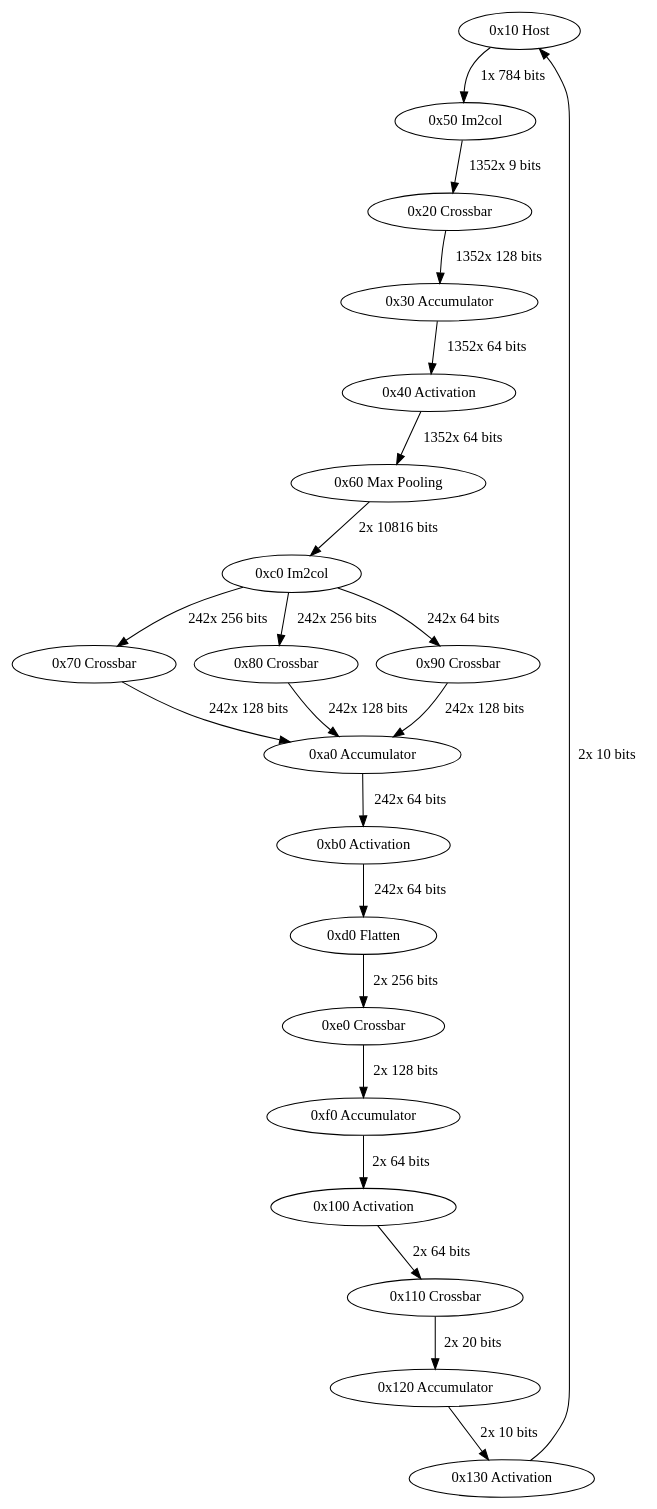
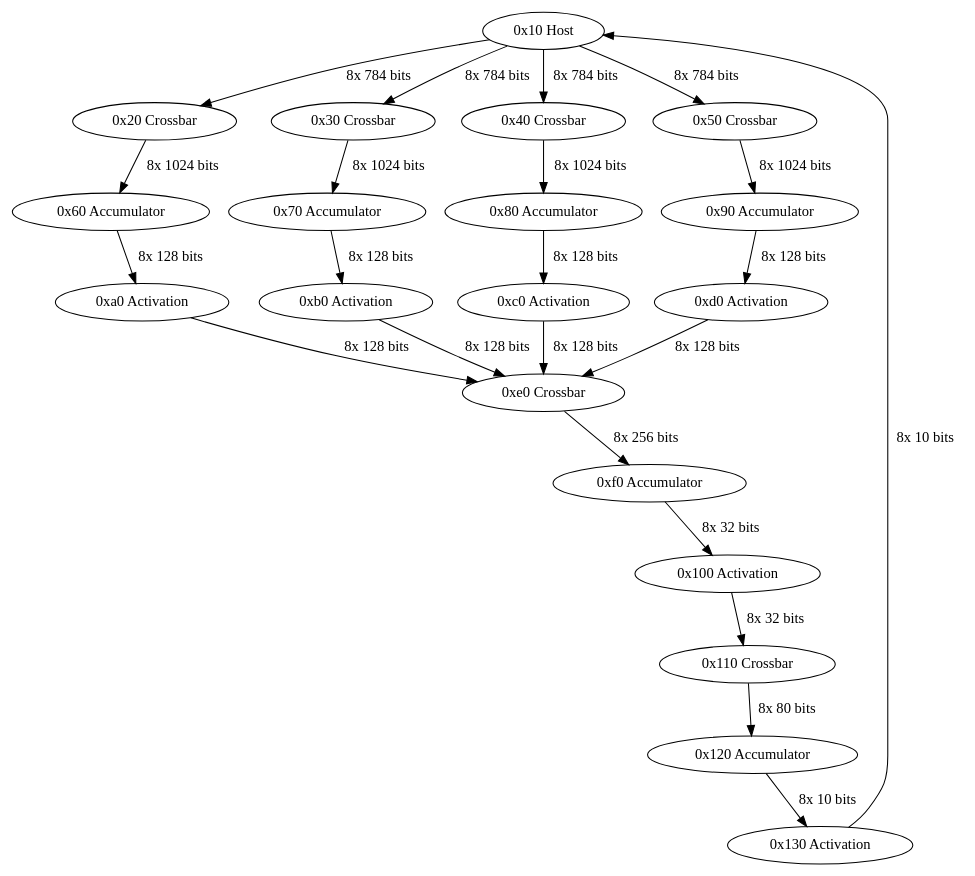
One commit to Zz-sev-point/IC_SIM changed the diagram in network.dot. Above: the diagram before and after it, drawn with Graphviz. The commit also changed 821 other files, not shown here.

Commit message:
add delay analysis python program and output graphs

```diff
--- a/network.dot
+++ b/network.dot
@@ -1,23 +1,24 @@
 digraph InterconnectGraph {
-  "0x10 Host" -> "0x50 Im2col" [label="1x 784 bits"];
-  "0x50 Im2col" -> "0x20 Crossbar" [label="1352x 9 bits"];
-  "0x20 Crossbar" -> "0x30 Accumulator" [label="1352x 128 bits"];
-  "0x30 Accumulator" -> "0x40 Activation" [label="1352x 64 bits"];
-  "0x40 Activation" -> "0x60 Max Pooling" [label="1352x 64 bits"];
-  "0x60 Max Pooling" -> "0xc0 Im2col" [label="2x 10816 bits"];
-  "0xc0 Im2col" -> "0x70 Crossbar" [label="242x 256 bits"];
-  "0xc0 Im2col" -> "0x80 Crossbar" [label="242x 256 bits"];
-  "0xc0 Im2col" -> "0x90 Crossbar" [label="242x 64 bits"];
-  "0x70 Crossbar" -> "0xa0 Accumulator" [label="242x 128 bits"];
-  "0x80 Crossbar" -> "0xa0 Accumulator" [label="242x 128 bits"];
-  "0x90 Crossbar" -> "0xa0 Accumulator" [label="242x 128 bits"];
-  "0xa0 Accumulator" -> "0xb0 Activation" [label="242x 64 bits"];
-  "0xb0 Activation" -> "0xd0 Flatten" [label="242x 64 bits"];
-  "0xd0 Flatten" -> "0xe0 Crossbar" [label="2x 256 bits"];
-  "0xe0 Crossbar" -> "0xf0 Accumulator" [label="2x 128 bits"];
-  "0xf0 Accumulator" -> "0x100 Activation" [label="2x 64 bits"];
-  "0x100 Activation" -> "0x110 Crossbar" [label="2x 64 bits"];
-  "0x110 Crossbar" -> "0x120 Accumulator" [label="2x 20 bits"];
-  "0x120 Accumulator" -> "0x130 Activation" [label="2x 10 bits"];
-  "0x130 Activation" -> "0x10 Host" [label="2x 10 bits"];
+  "0x10 Host" -> "0x20 Crossbar" [label="8x 784 bits"];
+  "0x10 Host" -> "0x30 Crossbar" [label="8x 784 bits"];
+  "0x10 Host" -> "0x40 Crossbar" [label="8x 784 bits"];
+  "0x10 Host" -> "0x50 Crossbar" [label="8x 784 bits"];
+  "0x20 Crossbar" -> "0x60 Accumulator" [label="8x 1024 bits"];
+  "0x60 Accumulator" -> "0xa0 Activation" [label="8x 128 bits"];
+  "0x30 Crossbar" -> "0x70 Accumulator" [label="8x 1024 bits"];
+  "0x70 Accumulator" -> "0xb0 Activation" [label="8x 128 bits"];
+  "0x40 Crossbar" -> "0x80 Accumulator" [label="8x 1024 bits"];
+  "0x80 Accumulator" -> "0xc0 Activation" [label="8x 128 bits"];
+  "0x50 Crossbar" -> "0x90 Accumulator" [label="8x 1024 bits"];
+  "0x90 Accumulator" -> "0xd0 Activation" [label="8x 128 bits"];
+  "0xa0 Activation" -> "0xe0 Crossbar" [label="8x 128 bits"];
+  "0xb0 Activation" -> "0xe0 Crossbar" [label="8x 128 bits"];
+  "0xc0 Activation" -> "0xe0 Crossbar" [label="8x 128 bits"];
+  "0xd0 Activation" -> "0xe0 Crossbar" [label="8x 128 bits"];
+  "0xe0 Crossbar" -> "0xf0 Accumulator" [label="8x 256 bits"];
+  "0xf0 Accumulator" -> "0x100 Activation" [label="8x 32 bits"];
+  "0x100 Activation" -> "0x110 Crossbar" [label="8x 32 bits"];
+  "0x110 Crossbar" -> "0x120 Accumulator" [label="8x 80 bits"];
+  "0x120 Accumulator" -> "0x130 Activation" [label="8x 10 bits"];
+  "0x130 Activation" -> "0x10 Host" [label="8x 10 bits"];
 }
```
